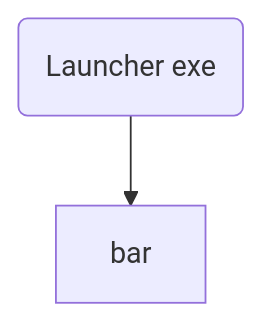
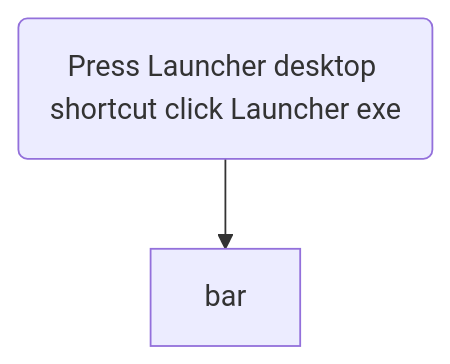
Before and after one commit to funjobie/OpenSwordArtsVR: diagram 16 of 16 in sandbox/MerMaid_diagram_integration.md, drawn with Mermaid. The commit also changed other lines of this file, not shown here.

Commit message:
refine troubleshooting example

````diff
--- a/sandbox/MerMaid_diagram_integration.md
+++ b/sandbox/MerMaid_diagram_integration.md
@@ -205,4 +205,4 @@
 ```mermaid
 flowchart TD
-    foo(Launcher exe) --> bar
+    foo(Press Launcher desktop shortcut click Launcher exe) --> bar
 ```
````
